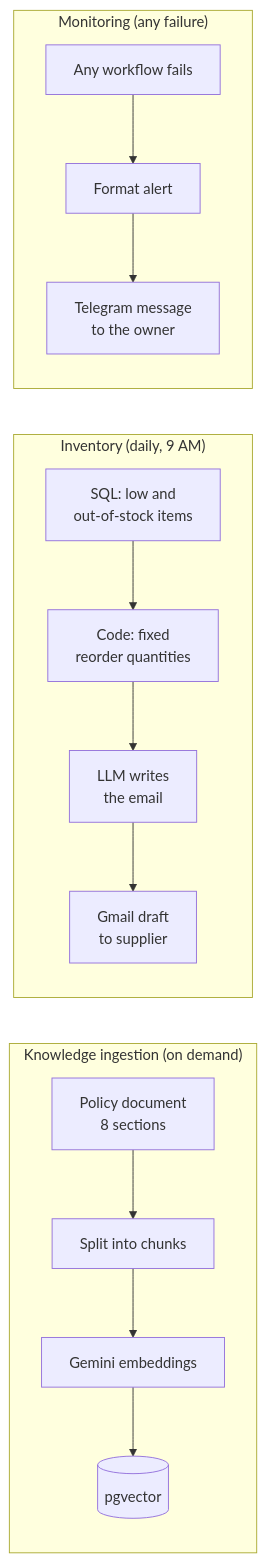
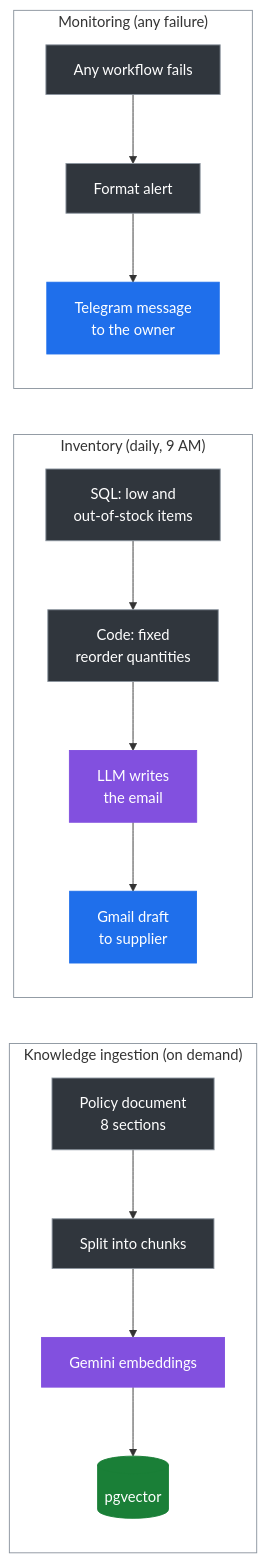
The second of 2 diagrams in README.md (YahiaRabbi/hybrid-rag-sales-agent), drawn with Mermaid before and after one commit. The commit also changed other lines of this file and 9 other files, not shown here.

Commit message:
Add webhook auth, SQL timeout, diagram styling

````diff
--- a/README.md
+++ b/README.md
@@ -85,12 +94,24 @@
 ```mermaid
 flowchart LR
     subgraph ING["Knowledge ingestion (on demand)"]
         D["Policy document<br/>8 sections"] --> S["Split into chunks"] --> E["Gemini embeddings"] --> V[("pgvector")]
     end
     subgraph INV["Inventory (daily, 9 AM)"]
         Q["SQL: low and<br/>out-of-stock items"] --> B["Code: fixed<br/>reorder quantities"] --> L["LLM writes<br/>the email"] --> G["Gmail draft<br/>to supplier"]
     end
     subgraph MON["Monitoring (any failure)"]
         X["Any workflow fails"] --> F["Format alert"] --> TG["Telegram message<br/>to the owner"]
     end
+
+    classDef step fill:#30363d,stroke:#8b949e,color:#ffffff
+    classDef ai fill:#8250df,stroke:#8250df,color:#ffffff
+    classDef store fill:#1a7f37,stroke:#1a7f37,color:#ffffff
+    classDef out fill:#1f6feb,stroke:#1f6feb,color:#ffffff
+    class D,S,Q,B,X,F step
+    class E,L ai
+    class V store
+    class G,TG out
+    style ING fill:transparent,stroke:#8b949e
+    style INV fill:transparent,stroke:#8b949e
+    style MON fill:transparent,stroke:#8b949e
 ```
````
